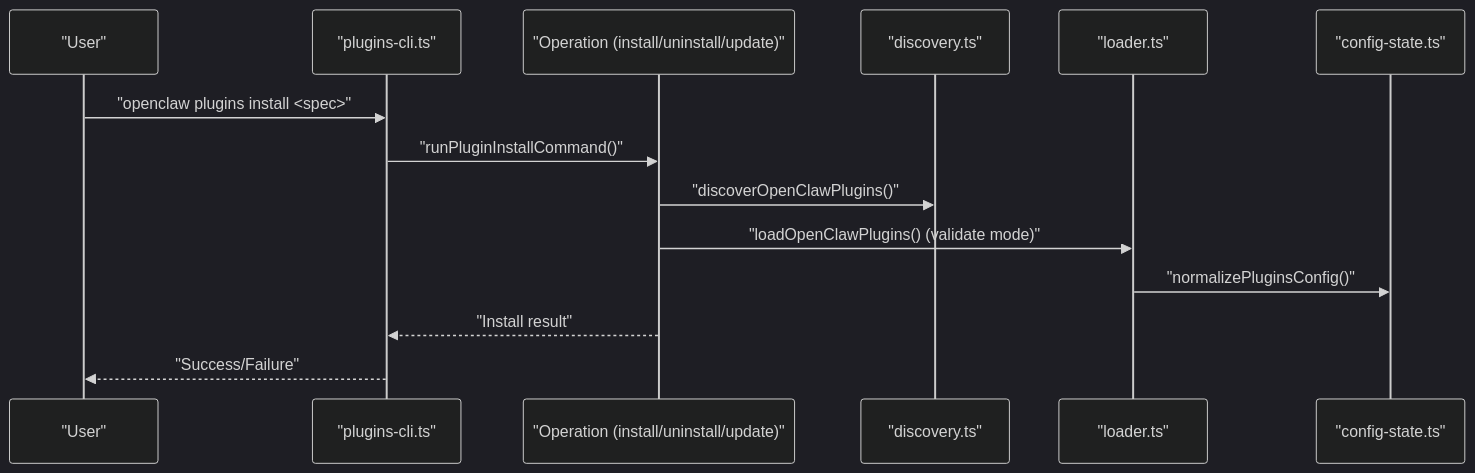
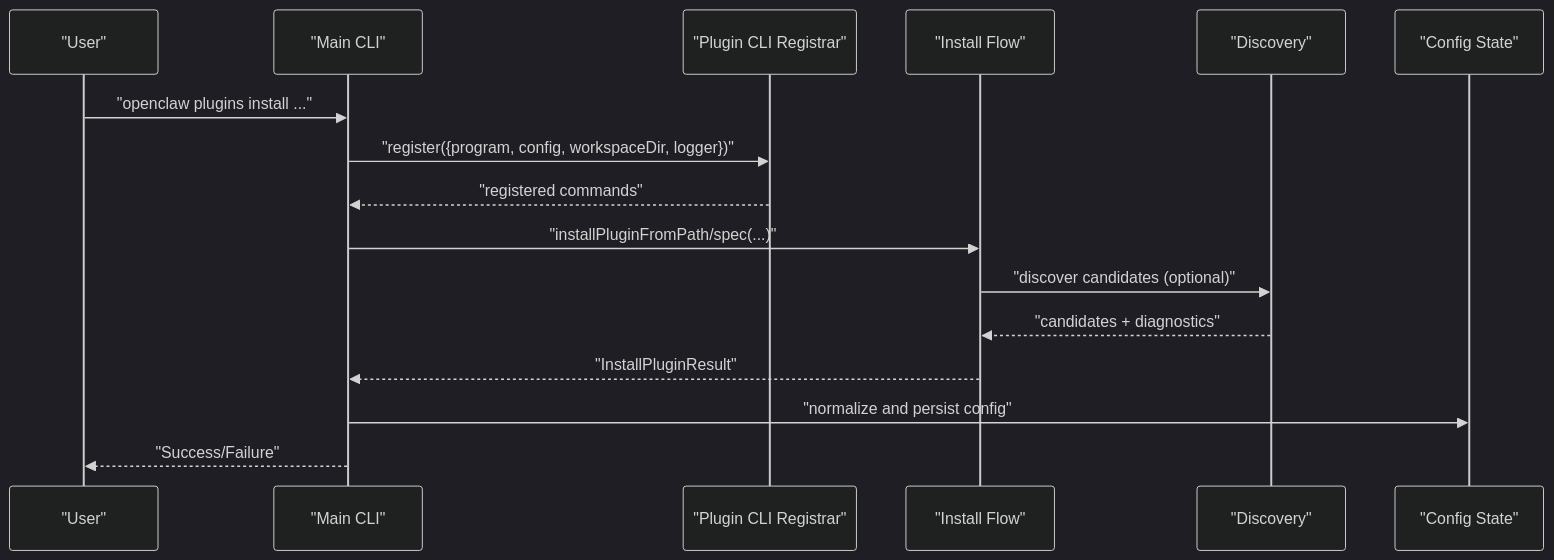
One commit to botx-work/OpenClaw-Internals changed the second of 8 diagrams in repowiki/en/content/CLI Interface/Plugin Management.md. Above: the diagram before and after it, drawn with Mermaid (dark theme). The commit also changed other lines of this file and 332 other files, not shown here.

````diff
--- a/repowiki/en/content/CLI Interface/Plugin Management.md
+++ b/repowiki/en/content/CLI Interface/Plugin Management.md
@@ -116,16 +99,18 @@
 ```mermaid
 sequenceDiagram
-participant U as "User"
-participant CLI as "plugins-cli.ts"
-participant OP as "Operation (install/uninstall/update)"
-participant DISC as "discovery.ts"
-participant LOAD as "loader.ts"
-participant CFG as "config-state.ts"
-U->>CLI : "openclaw plugins install <spec>"
-CLI->>OP : "runPluginInstallCommand()"
-OP->>DISC : "discoverOpenClawPlugins()"
-OP->>LOAD : "loadOpenClawPlugins() (validate mode)"
-LOAD->>CFG : "normalizePluginsConfig()"
-OP-->>CLI : "Install result"
-CLI-->>U : "Success/Failure"
+participant User as "User"
+participant CLI as "Main CLI"
+participant Reg as "Plugin CLI Registrar"
+participant Inst as "Install Flow"
+participant Disc as "Discovery"
+participant Cfg as "Config State"
+User->>CLI : "openclaw plugins install ..."
+CLI->>Reg : "register({program, config, workspaceDir, logger})"
+Reg-->>CLI : "registered commands"
+CLI->>Inst : "installPluginFromPath/spec(...)"
+Inst->>Disc : "discover candidates (optional)"
+Disc-->>Inst : "candidates + diagnostics"
+Inst-->>CLI : "InstallPluginResult"
+CLI->>Cfg : "normalize and persist config"
+CLI-->>User : "Success/Failure"
 ```
````
